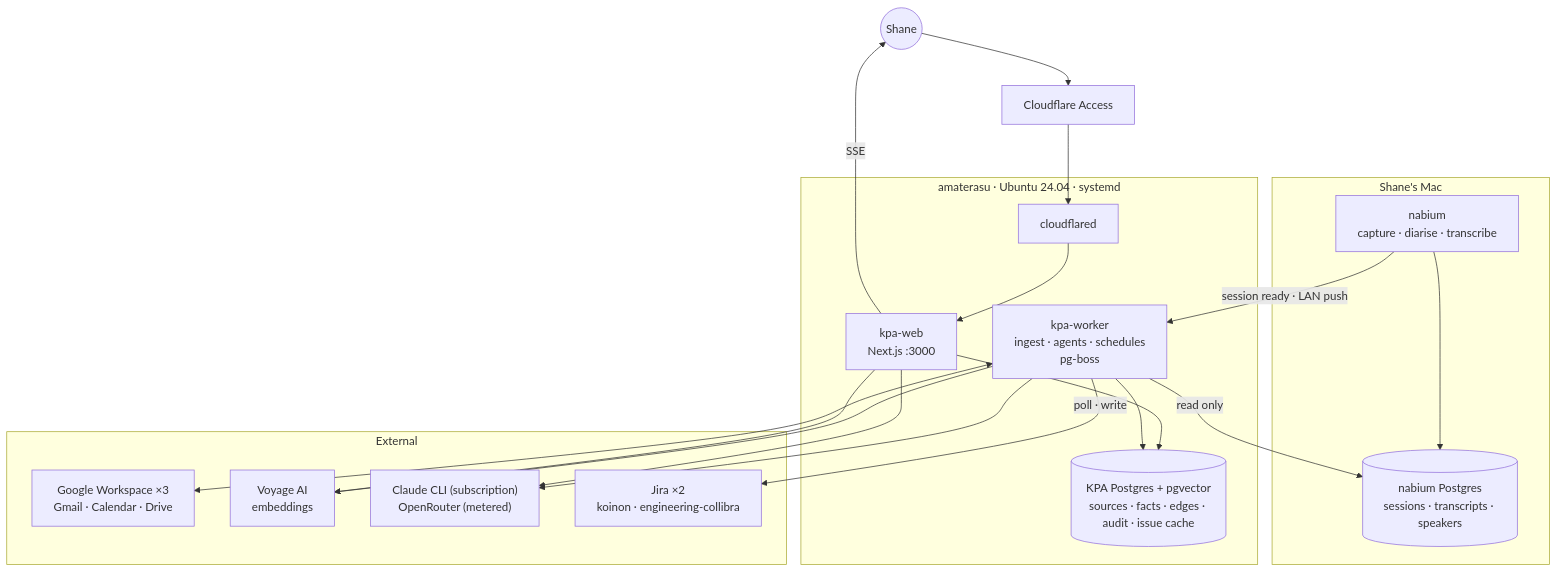
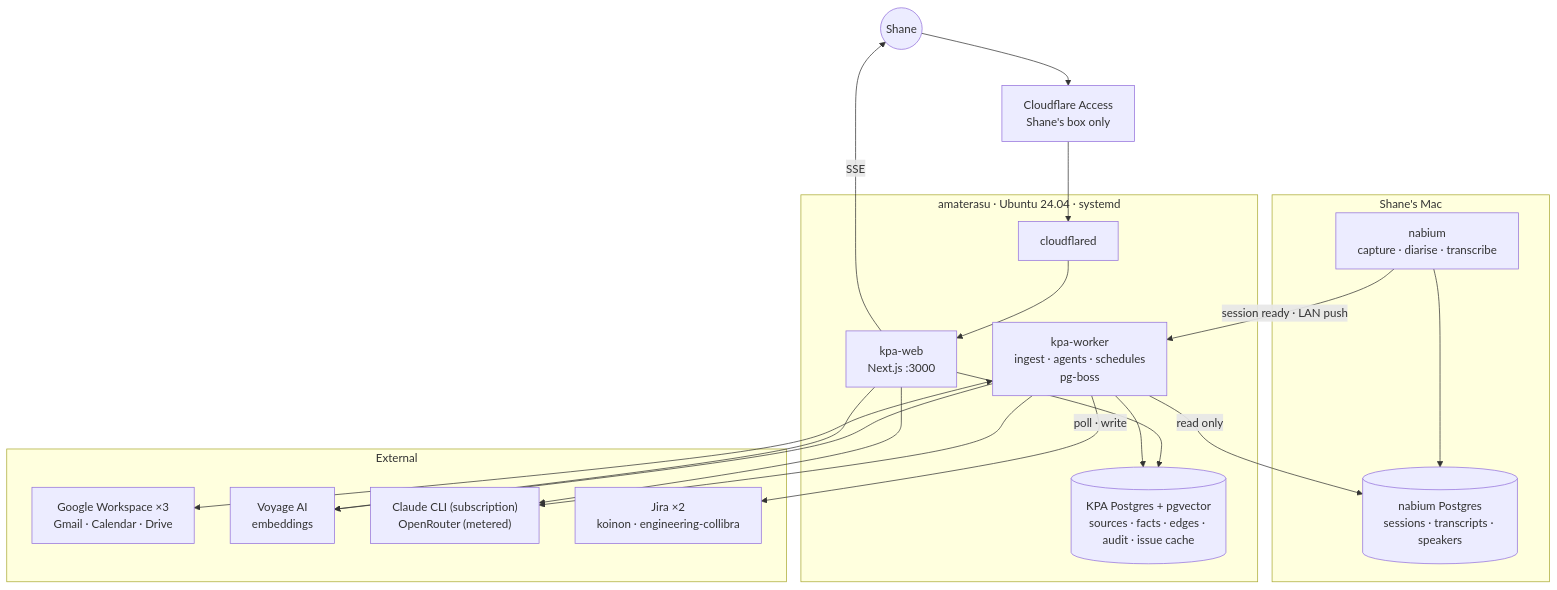
One commit to shanedolley/sukkal changed the first of 6 diagrams in docs/project-brief.md. Above: the diagram before and after it, drawn with Mermaid. The commit also changed other lines of this file and 1 other file, not shown here.

````diff
--- a/docs/project-brief.md
+++ b/docs/project-brief.md
@@ -355,40 +362,40 @@
 ```mermaid
 flowchart TB
   shane(("Shane"))
 
   subgraph mac["Shane's Mac"]
     nab["nabium<br/>capture · diarise · transcribe"]
     nabpg[("nabium Postgres<br/>sessions · transcripts · speakers")]
     nab --> nabpg
   end
 
   subgraph ama["amaterasu · Ubuntu 24.04 · systemd"]
     cfd["cloudflared"]
     web["kpa-web<br/>Next.js :3000"]
     worker["kpa-worker<br/>ingest · agents · schedules<br/>pg-boss"]
     pg[("KPA Postgres + pgvector<br/>sources · facts · edges · audit · issue cache")]
     cfd --> web
     web --> pg
     worker --> pg
   end
 
   subgraph ext["External"]
     goog["Google Workspace ×3<br/>Gmail · Calendar · Drive"]
     voy["Voyage AI<br/>embeddings"]
     llm["Claude CLI (subscription)<br/>OpenRouter (metered)"]
     jira["Jira ×2<br/>koinon · engineering-collibra"]
   end
 
-  cf["Cloudflare Access"]
+  cf["Cloudflare Access<br/>Shane's box only"]
   shane --> cf --> cfd
 
   nab -- "session ready · LAN push" --> worker
   worker -- "read only" --> nabpg
   worker <--> goog
   worker --> voy
   worker --> llm
   worker -- "poll · write" --> jira
   web -- "SSE" --> shane
   web --> llm
   web --> voy
 ```
````
